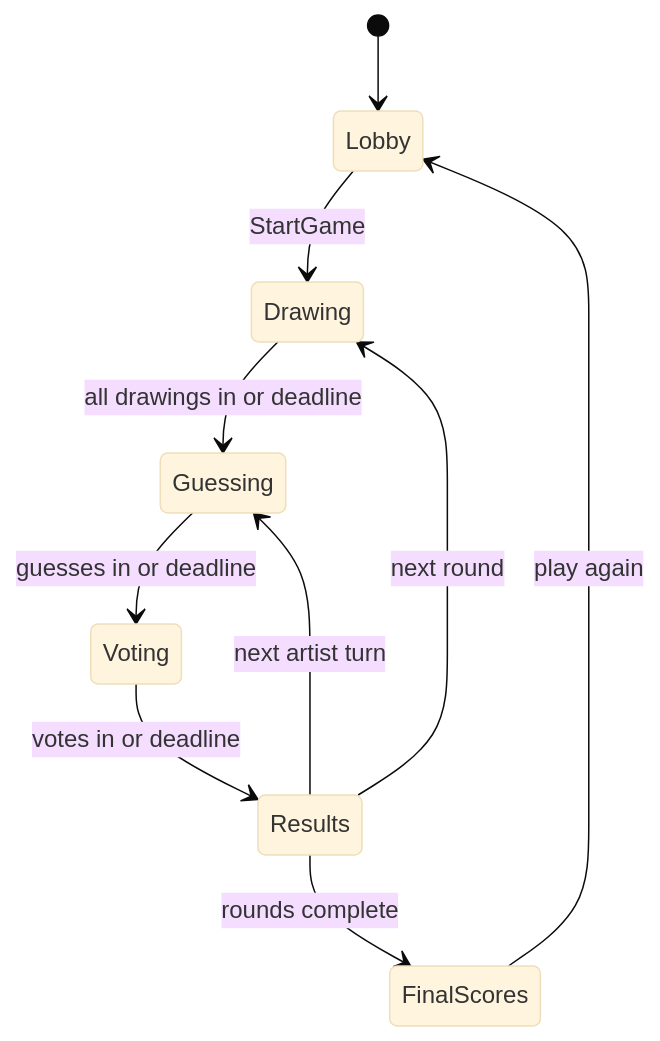
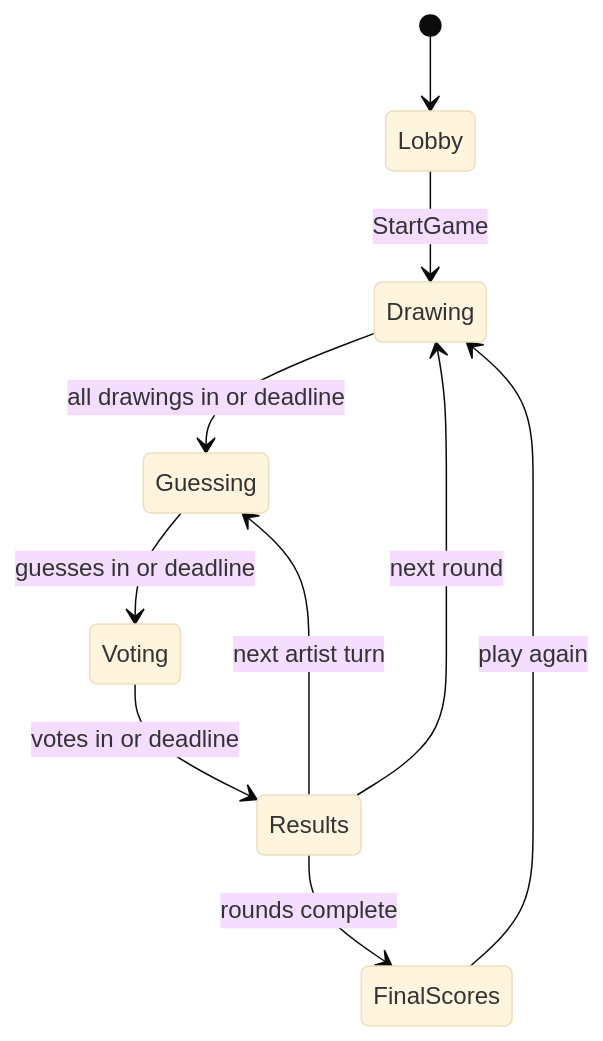
Before and after one commit to AstralDrift/draw-party-game: the diagram in docs/architecture.md, drawn with Mermaid (base theme). The commit also changed other lines of this file, not shown here.

Commit message:
docs: fix FinalScores play-again transition
Play Again sends startGame and starts a new Drawing round; it does not
return to Lobby. Also qualify polish.ts with client/src/.

````diff
--- a/docs/architecture.md
+++ b/docs/architecture.md
@@ -25,12 +25,12 @@
 ```mermaid
 stateDiagram-v2
   [*] --> Lobby
   Lobby --> Drawing: StartGame
   Drawing --> Guessing: all drawings in or deadline
   Guessing --> Voting: guesses in or deadline
   Voting --> Results: votes in or deadline
   Results --> Guessing: next artist turn
   Results --> Drawing: next round
   Results --> FinalScores: rounds complete
-  FinalScores --> Lobby: play again
+  FinalScores --> Drawing: play again
 ```
````
